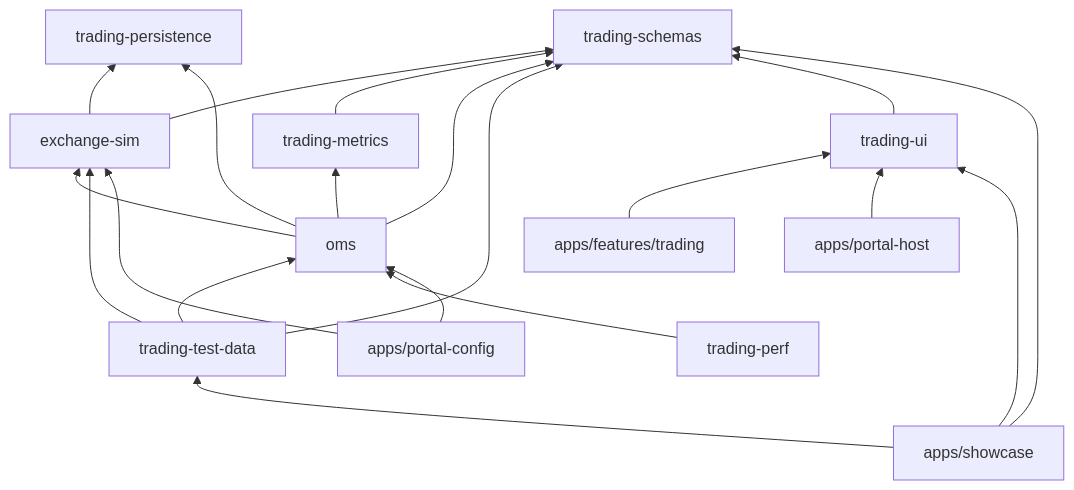
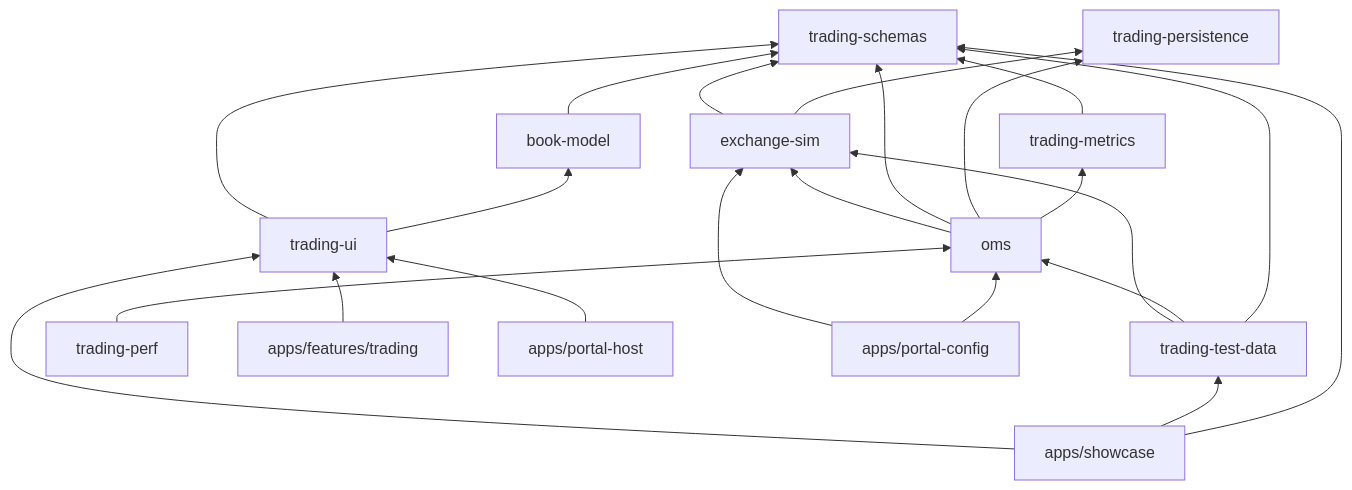
One commit to heswell/trader changed the seventh of 7 diagrams in docs/architecture.md. Above: the diagram before and after it, drawn with Mermaid. The commit also changed other lines of this file and 14 other files, not shown here.

First line of the commit message:
Book model package: BookBuilder for the L3 book, used by useBookQueue and the replay test

````diff
--- a/docs/architecture.md
+++ b/docs/architecture.md
@@ -242,15 +242,16 @@
 ```mermaid
 flowchart BT
   schemas["trading-schemas"]
   persistence["trading-persistence"]
   sim["exchange-sim"] --> schemas & persistence
   metrics["trading-metrics"] --> schemas
+  bookmodel["book-model"] --> schemas
   oms["oms"] --> sim & schemas & persistence & metrics
   testdata["trading-test-data"] --> sim & oms & schemas
-  ui["trading-ui"] --> schemas
+  ui["trading-ui"] --> schemas & bookmodel
   perf["trading-perf"] --> oms
   features["apps/features/trading"] --> ui
   host["apps/portal-host"] --> ui
   showcase["apps/showcase"] --> ui & testdata & schemas
   config["apps/portal-config"] --> sim & oms
 ```
````
